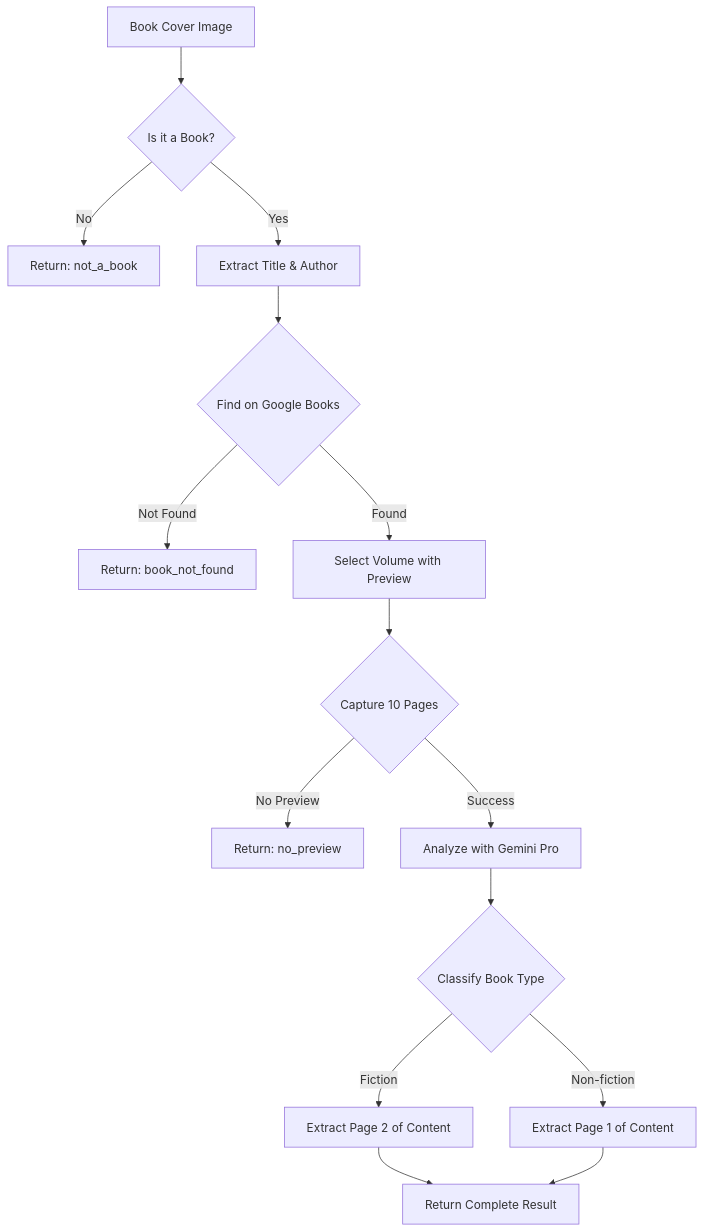
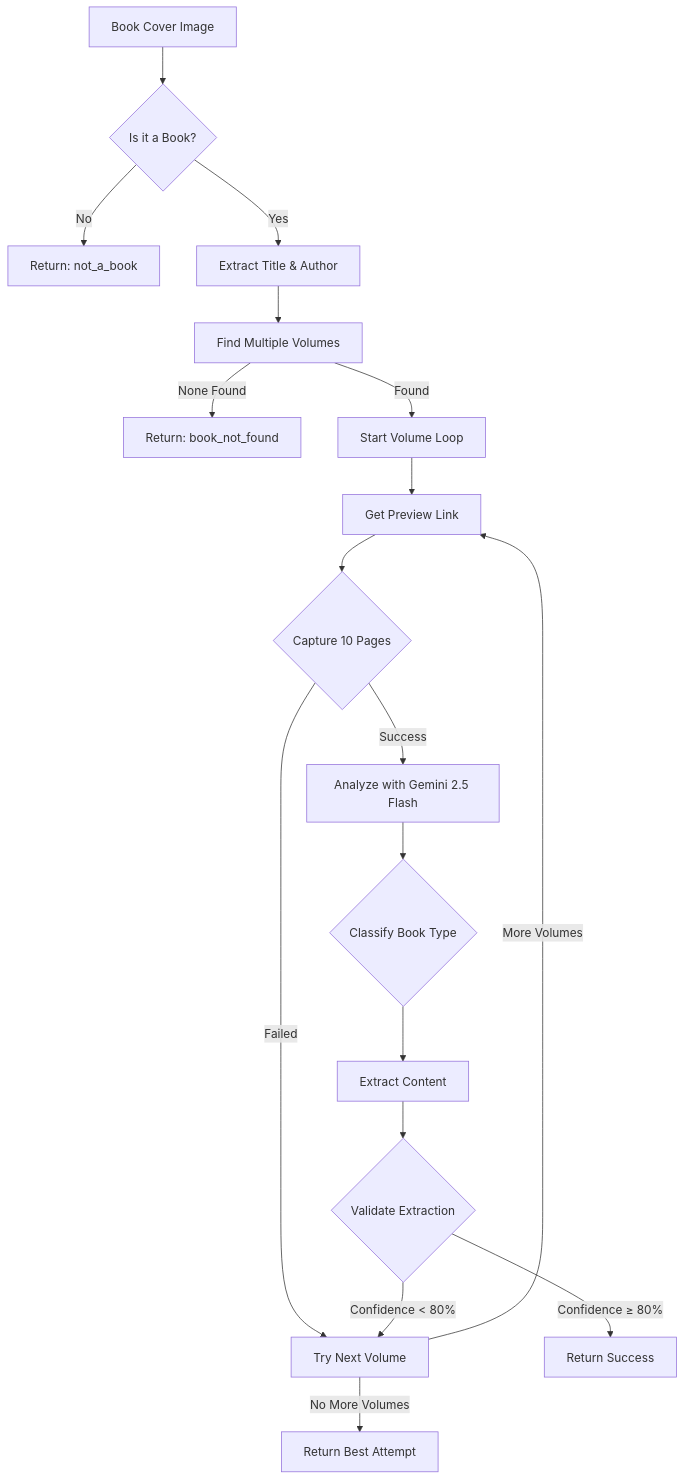
The diagram in COMPLETE_PIPELINE_SUMMARY.md (nliu86/book_extraction), drawn with Mermaid before and after one commit. The commit also changed other lines of this file and 14 other files, not shown here.

````diff
--- a/COMPLETE_PIPELINE_SUMMARY.md
+++ b/COMPLETE_PIPELINE_SUMMARY.md
@@ -72,17 +78,20 @@
 ```mermaid
 graph TD
     A[Book Cover Image] --> B{Is it a Book?}
     B -->|No| C[Return: not_a_book]
     B -->|Yes| D[Extract Title & Author]
-    D --> E{Find on Google Books}
-    E -->|Not Found| F[Return: book_not_found]
-    E -->|Found| G[Select Volume with Preview]
-    G --> H{Capture 10 Pages}
-    H -->|No Preview| I[Return: no_preview]
-    H -->|Success| J[Analyze with Gemini Pro]
-    J --> K{Classify Book Type}
-    K -->|Fiction| L[Extract Page 2 of Content]
-    K -->|Non-fiction| M[Extract Page 1 of Content]
-    L --> N[Return Complete Result]
-    M --> N
+    D --> E[Find Multiple Volumes]
+    E -->|None Found| F[Return: book_not_found]
+    E -->|Found| G[Start Volume Loop]
+    G --> H[Get Preview Link]
+    H --> I{Capture 10 Pages}
+    I -->|Failed| J[Try Next Volume]
+    I -->|Success| K[Analyze with Gemini 2.5 Flash]
+    K --> L{Classify Book Type}
+    L --> M[Extract Content]
+    M --> N{Validate Extraction}
+    N -->|Confidence < 80%| J
+    N -->|Confidence ≥ 80%| O[Return Success]
+    J -->|More Volumes| H
+    J -->|No More Volumes| P[Return Best Attempt]
 ```
````
